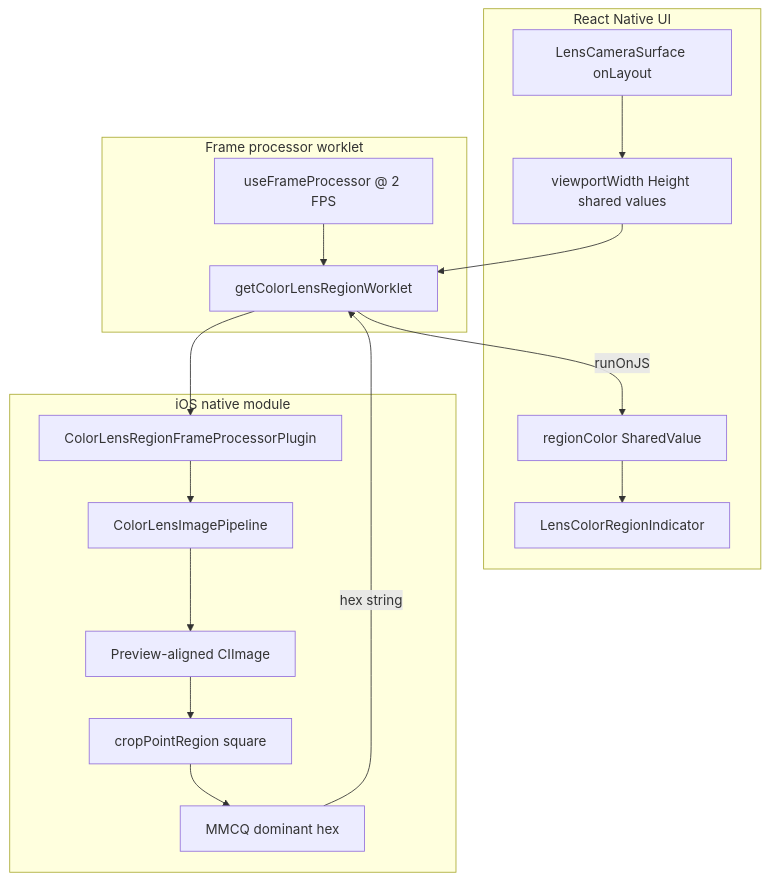
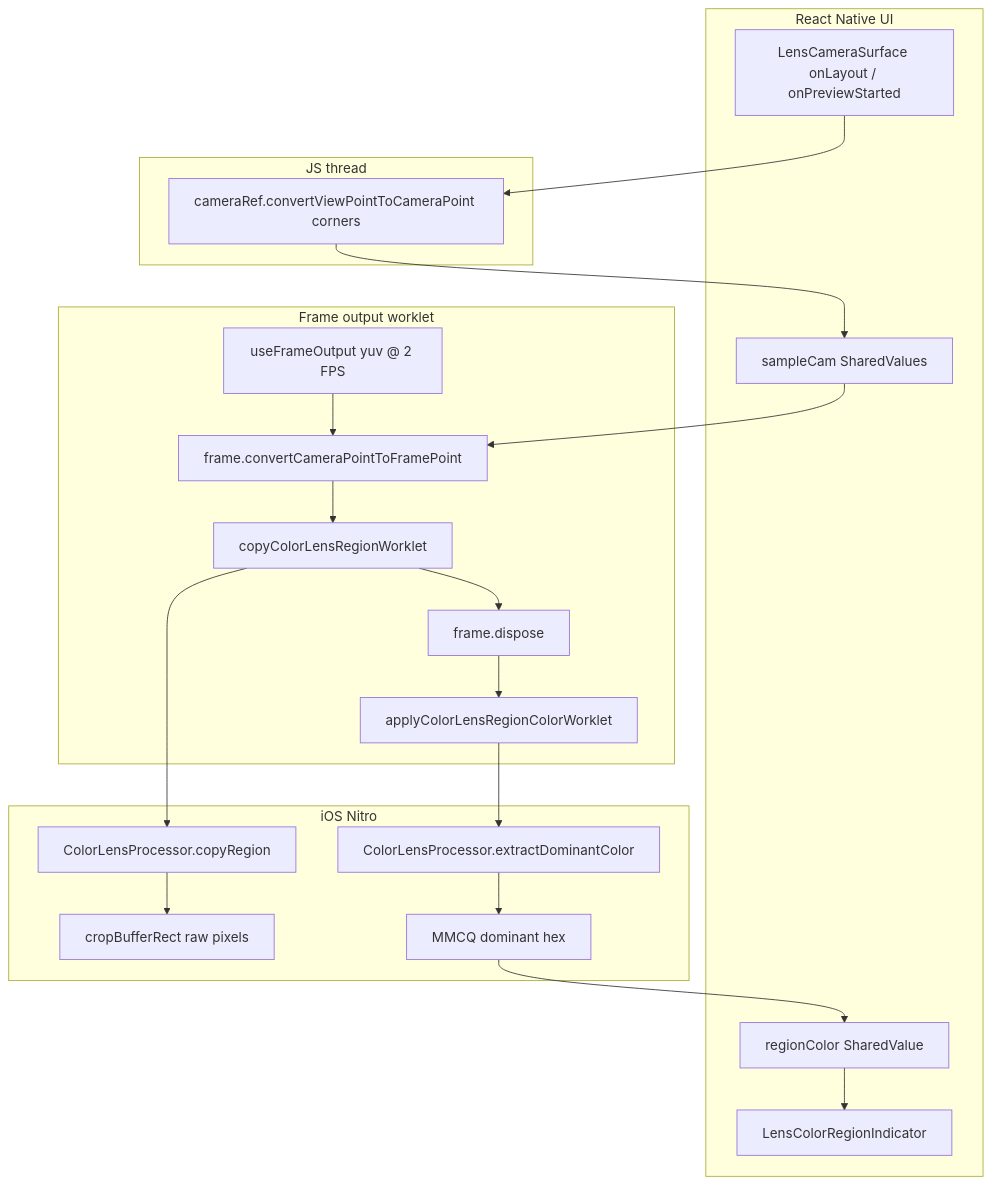
The diagram in lib/features/Lens/LENS_POINT_CONTEXT.md (keithbmccall/affirmations), drawn with Mermaid before and after one commit. The commit also changed other lines of this file and 105 other files, not shown here.

First line of the commit message:
Fix Lens out-of-buffers drops and finish VC5 ColorLens Nitro migration.

````diff
--- a/lib/features/Lens/LENS_POINT_CONTEXT.md
+++ b/lib/features/Lens/LENS_POINT_CONTEXT.md
@@ -49,31 +49,35 @@
 ```mermaid
 flowchart TB
   subgraph ui [React Native UI]
-    Surface[LensCameraSurface onLayout]
-    Viewport[viewportWidth Height shared values]
+    Surface[LensCameraSurface onLayout / onPreviewStarted]
+    CamRect[sampleCam SharedValues]
     Indicator[LensColorRegionIndicator]
     RegionSV[regionColor SharedValue]
   end
 
-  subgraph worklet [Frame processor worklet]
-    FP[useFrameProcessor @ 2 FPS]
-    Plugin[getColorLensRegionWorklet]
+  subgraph jsThread [JS thread]
+    ViewToCam[cameraRef.convertViewPointToCameraPoint corners]
   end
 
-  subgraph native [iOS native module]
-    Pipe[ColorLensImagePipeline]
-    Align[Preview-aligned CIImage]
-    Crop[cropPointRegion square]
-    MMCQ[MMCQ dominant hex]
-    RegionPlugin[ColorLensRegionFrameProcessorPlugin]
+  subgraph worklet [Frame output worklet]
+    FO[useFrameOutput yuv @ 2 FPS]
+    CamToFrame[frame.convertCameraPointToFramePoint]
+    CopyWorklet[copyColorLensRegionWorklet]
+    DisposeFrame[frame.dispose]
+    ApplyWorklet[applyColorLensRegionColorWorklet]
   end
 
-  Surface --> Viewport
-  FP --> Plugin
-  Viewport --> Plugin
-  Plugin --> RegionPlugin
-  RegionPlugin --> Pipe --> Align --> Crop --> MMCQ
-  MMCQ -->|hex string| Plugin
-  Plugin -->|runOnJS| RegionSV
-  RegionSV --> Indicator
+  subgraph native [iOS Nitro]
+    CopyRegion[ColorLensProcessor.copyRegion]
+    Crop[cropBufferRect raw pixels]
+    Extract[ColorLensProcessor.extractDominantColor]
+    MMCQ[MMCQ dominant hex]
+  end
+
+  Surface --> ViewToCam --> CamRect
+  FO --> CamToFrame
+  CamRect --> CamToFrame
+  CamToFrame --> CopyWorklet --> CopyRegion --> Crop
+  CopyWorklet --> DisposeFrame --> ApplyWorklet --> Extract --> MMCQ
+  MMCQ --> RegionSV --> Indicator
 ```
````
